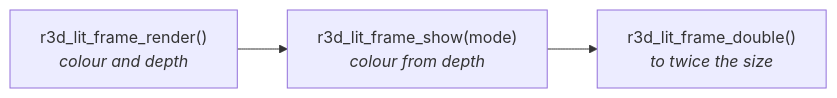
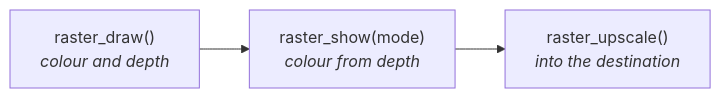
The third of 3 diagrams in docs/Mesh-Rendering.md (jose-villegas/autana), drawn with Mermaid before and after one commit. The commit also changed other lines of this file and 65 other files, not shown here.

First line of the commit message:
render: a scene-author API - r3d.h, camera/raster/viewport modules, internals keep r3d_ (#521)

````diff
--- a/docs/Mesh-Rendering.md
+++ b/docs/Mesh-Rendering.md
@@ -91,5 +125,5 @@
 ```mermaid
 flowchart LR
-    Render["r3d_lit_frame_render()<br/><i>colour and depth</i>"] --> Show
-    Show["r3d_lit_frame_show(mode)<br/><i>colour from depth</i>"] --> Double["r3d_lit_frame_double()<br/><i>to twice the size</i>"]
+    Render["raster_draw()<br/><i>colour and depth</i>"] --> Show
+    Show["raster_show(mode)<br/><i>colour from depth</i>"] --> Upscale["raster_upscale()<br/><i>into the destination</i>"]
 ```
````
